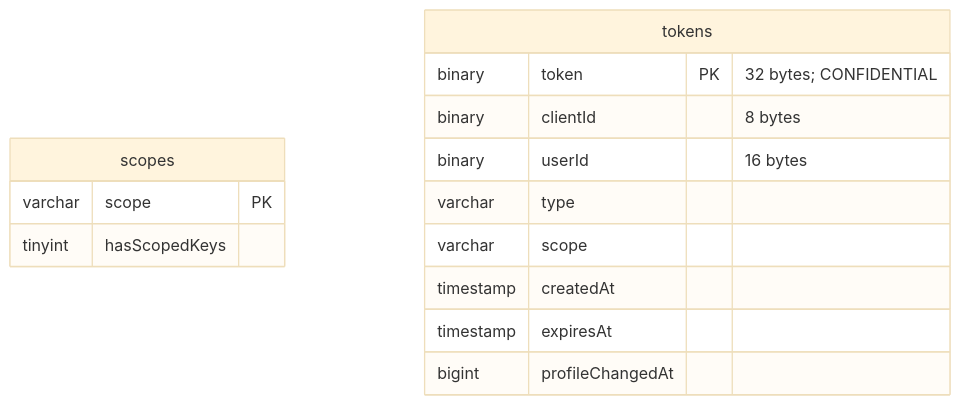
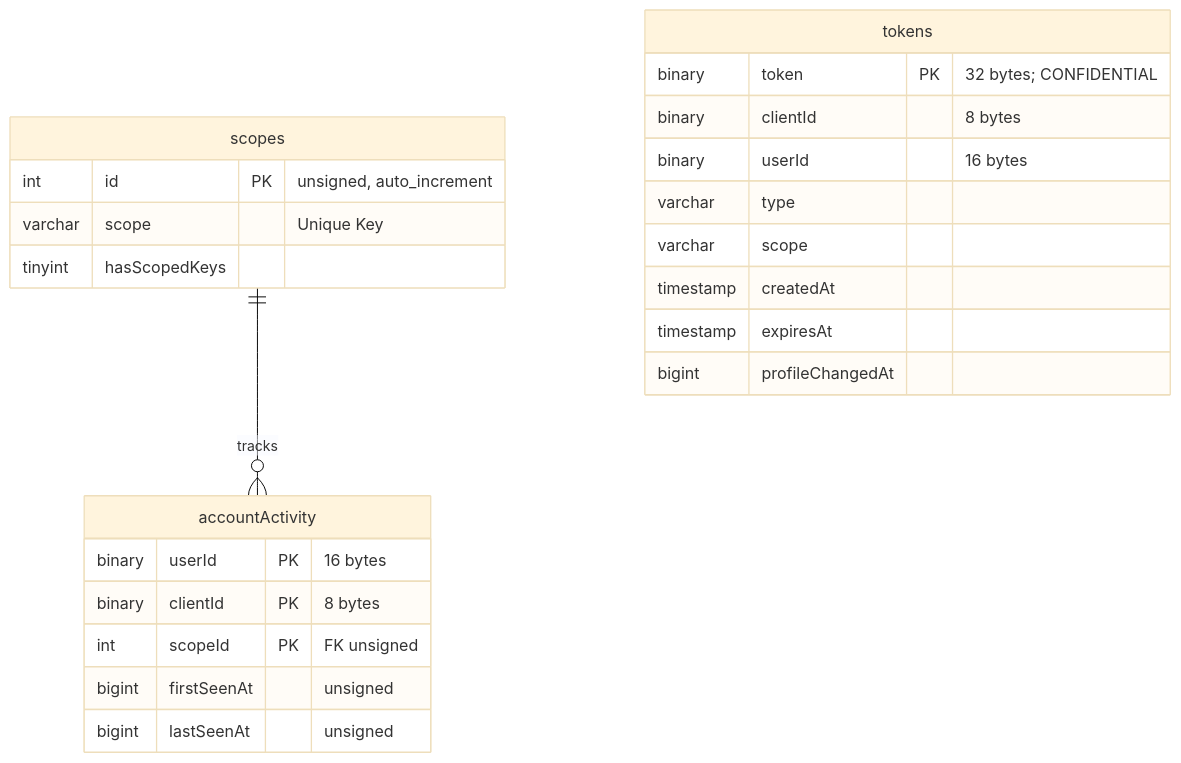
One commit to mozilla/ecosystem-platform changed diagram 17 of 19 in docs/reference/database-structure.md. Above: the diagram before and after it, drawn with Mermaid (base theme). The commit also changed other lines of this file, not shown here.

````diff
--- a/docs/reference/database-structure.md
+++ b/docs/reference/database-structure.md
@@ -400,17 +441,26 @@
 ```mermaid
 erDiagram
     scopes {
-        varchar scope PK
+        int id PK "unsigned, auto_increment"
+        varchar scope "Unique Key"
         tinyint hasScopedKeys
+    }
+    scopes ||--o{ accountActivity : tracks
+    accountActivity {
+        binary userId PK "16 bytes"
+        binary clientId PK "8 bytes"
+        int scopeId PK "FK unsigned"
+        bigint firstSeenAt "unsigned"
+        bigint lastSeenAt "unsigned"
     }
     tokens {
         binary token PK "32 bytes; CONFIDENTIAL"
         binary clientId "8 bytes"
         binary userId "16 bytes"
         varchar type
         varchar scope
         timestamp createdAt
         timestamp expiresAt
         bigint profileChangedAt
     }
 ```
````
